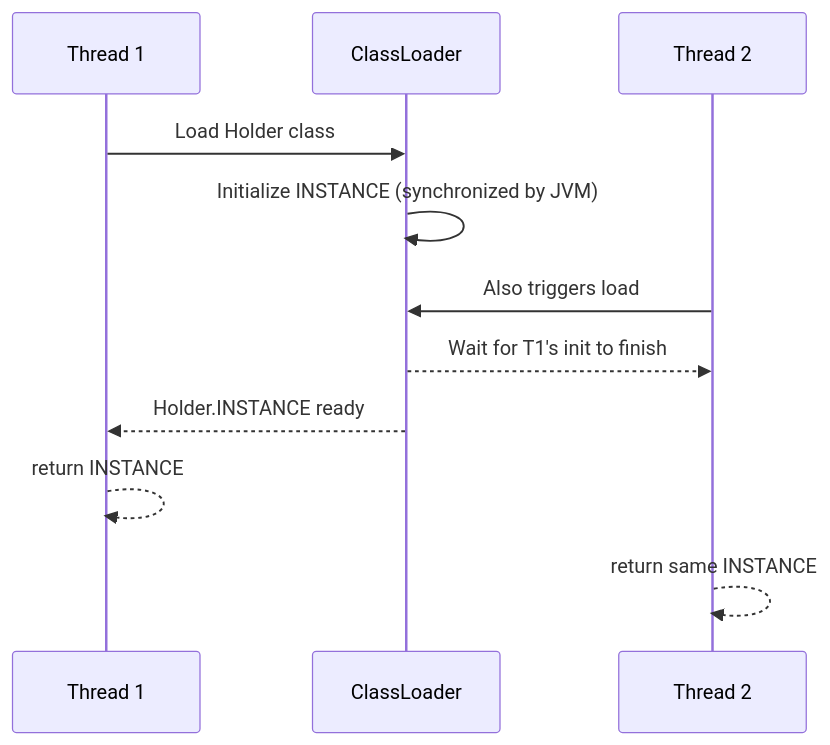
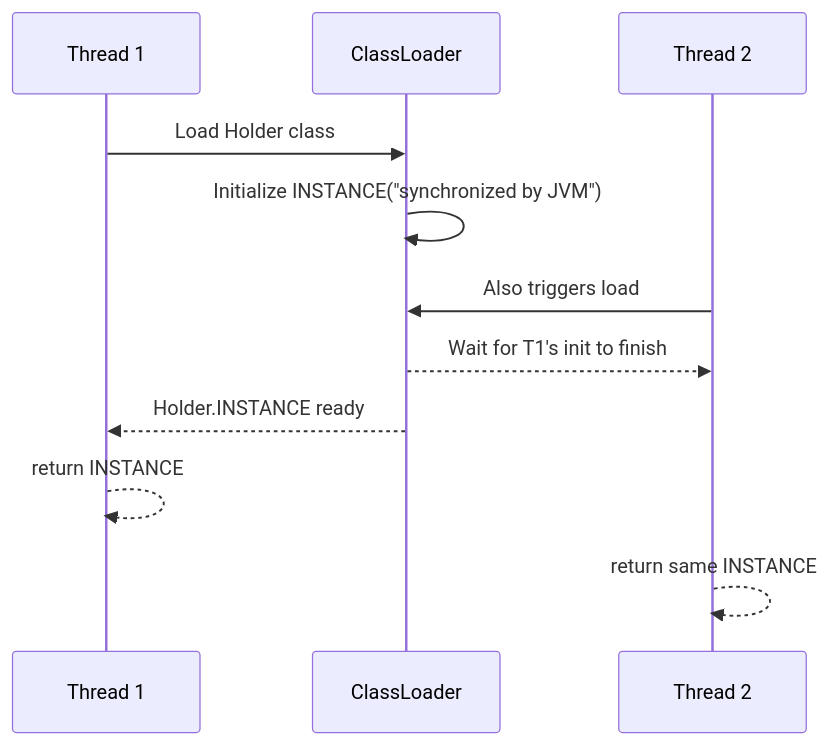
One commit to pploc/swe-icon-the-moment changed the diagram in content/questions/fundamentals/thread-safe-singleton.md. Above: the diagram before and after it, drawn with Mermaid. The commit also changed 167 other files, not shown here.

````diff
--- a/content/questions/fundamentals/thread-safe-singleton.md
+++ b/content/questions/fundamentals/thread-safe-singleton.md
@@ -68,13 +68,14 @@
 ```mermaid
 sequenceDiagram
     participant T1 as Thread 1
     participant CL as ClassLoader
     participant T2 as Thread 2
     T1->>CL: Load Holder class
-    CL->>CL: Initialize INSTANCE (synchronized by JVM)
+    CL->>CL: Initialize INSTANCE("synchronized by JVM")
     T2->>CL: Also triggers load
     CL-->>T2: Wait for T1's init to finish
     CL-->>T1: Holder.INSTANCE ready
     T1-->>T1: return INSTANCE
     T2-->>T2: return same INSTANCE
+
 ```
````
